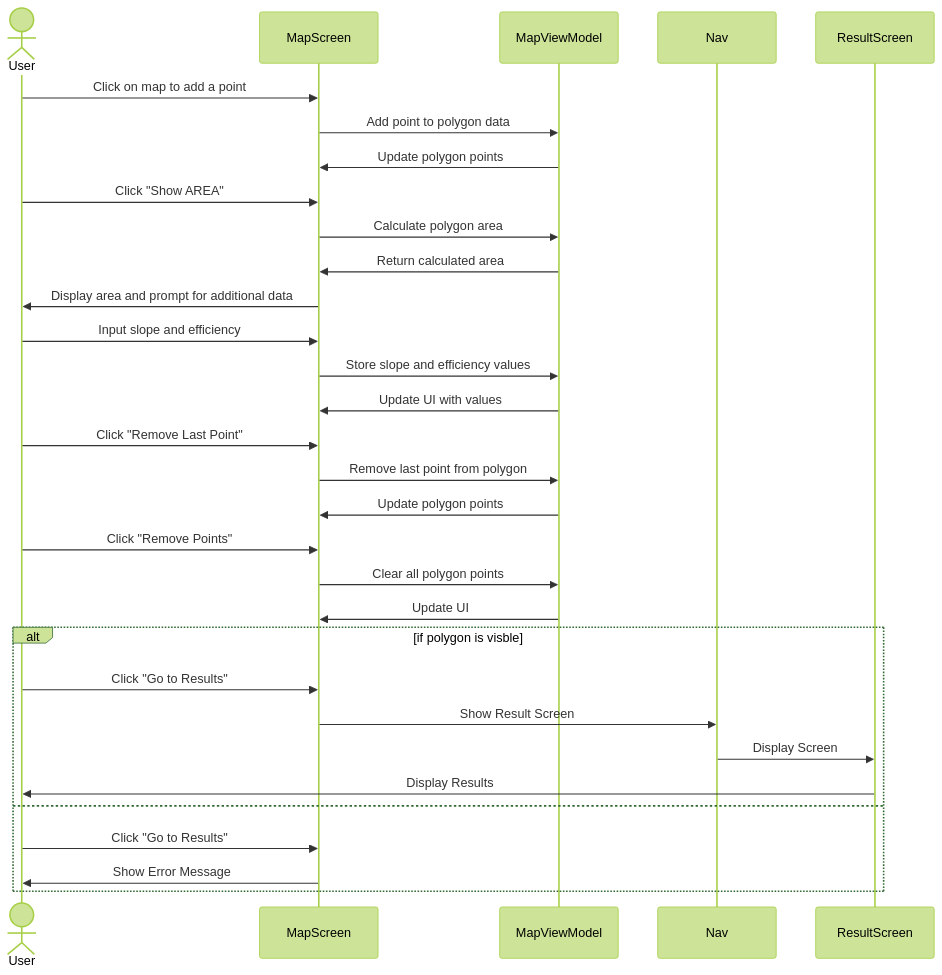
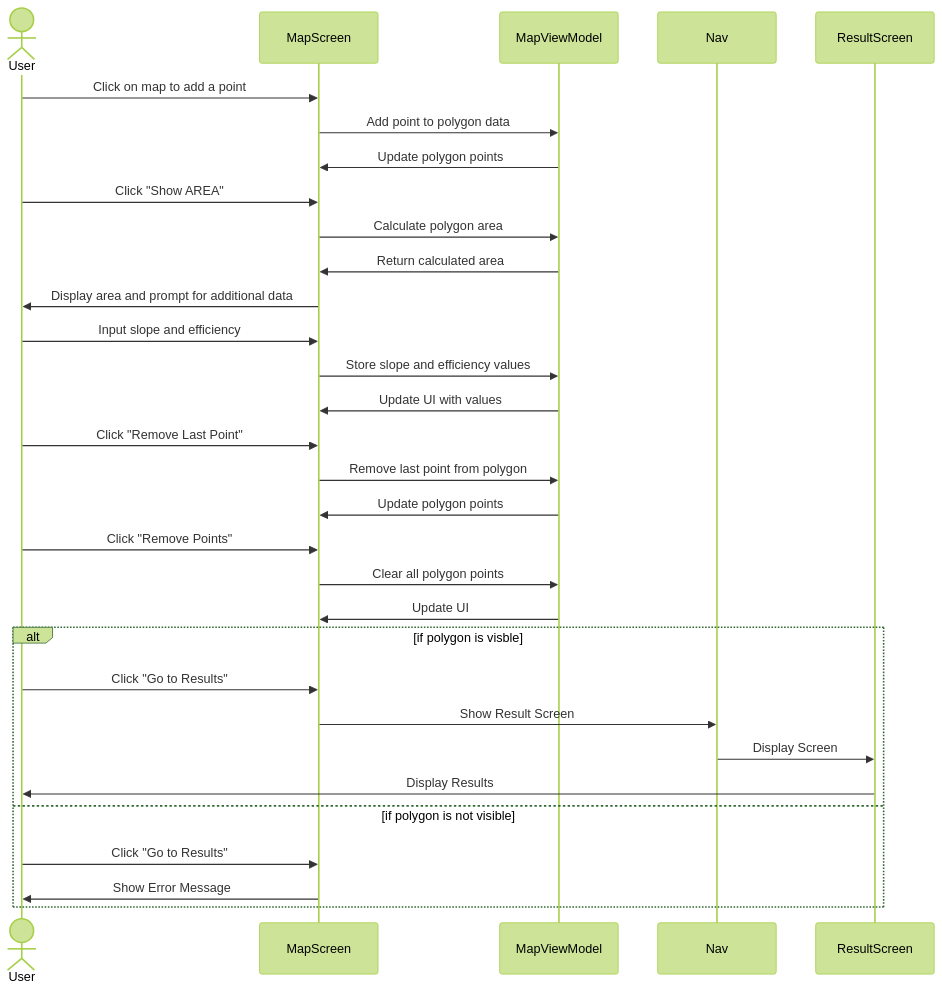
One commit to jalya001/Solar-panel-Optimized-Living changed the second of 2 diagrams in Diagrams/Usecase.md. Above: the diagram before and after it, drawn with Mermaid (forest theme).

````diff
--- a/Diagrams/Usecase.md
+++ b/Diagrams/Usecase.md
@@ -41,45 +41,45 @@
 ```mermaid
     sequenceDiagram
 
     actor User
     
     participant MapScreen
     participant MapViewModel
     
     participant Nav
     participant ResultScreen
 
     User ->> MapScreen: Click on map to add a point
     MapScreen ->> MapViewModel: Add point to polygon data
     MapViewModel ->> MapScreen: Update polygon points
 
     User ->> MapScreen: Click "Show AREA"
     MapScreen ->> MapViewModel: Calculate polygon area
     MapViewModel ->> MapScreen: Return calculated area
     MapScreen ->> User: Display area and prompt for additional data
 
     User ->> MapScreen: Input slope and efficiency
     MapScreen ->> MapViewModel: Store slope and efficiency values
     MapViewModel ->> MapScreen: Update UI with values
 
     User ->> MapScreen: Click "Remove Last Point"
     MapScreen ->> MapViewModel: Remove last point from polygon
     MapViewModel ->> MapScreen: Update polygon points
 
     User ->> MapScreen: Click "Remove Points"
     MapScreen ->> MapViewModel: Clear all polygon points
     MapViewModel ->> MapScreen: Update UI
 
     alt if polygon is visble 
 
     User ->> MapScreen : Click "Go to Results"
     MapScreen ->> Nav : Show Result Screen
     Nav ->> ResultScreen : Display Screen
     ResultScreen ->>User : Display Results
 
-    else 
+    else if polygon is not visible
     User ->> MapScreen : Click "Go to Results"
     MapScreen ->> User : Show Error Message
     end
 
 ```
````
